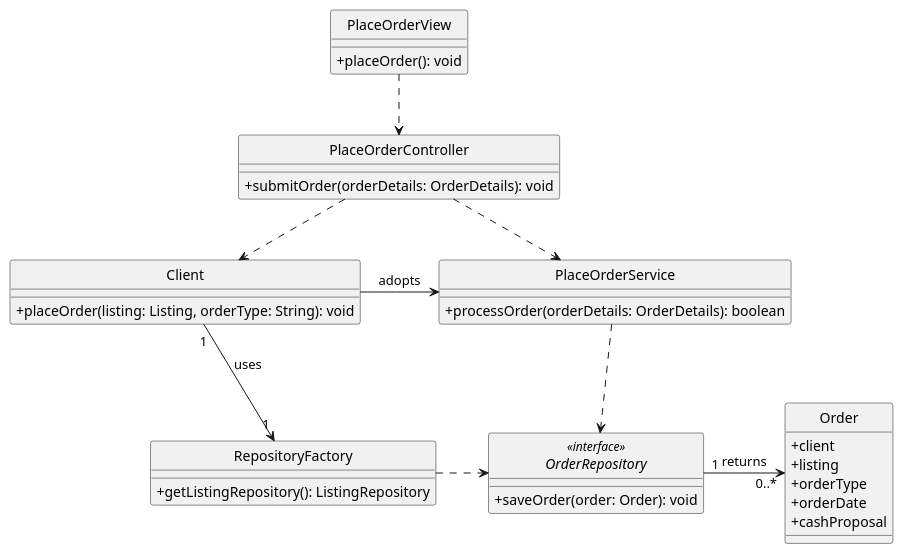
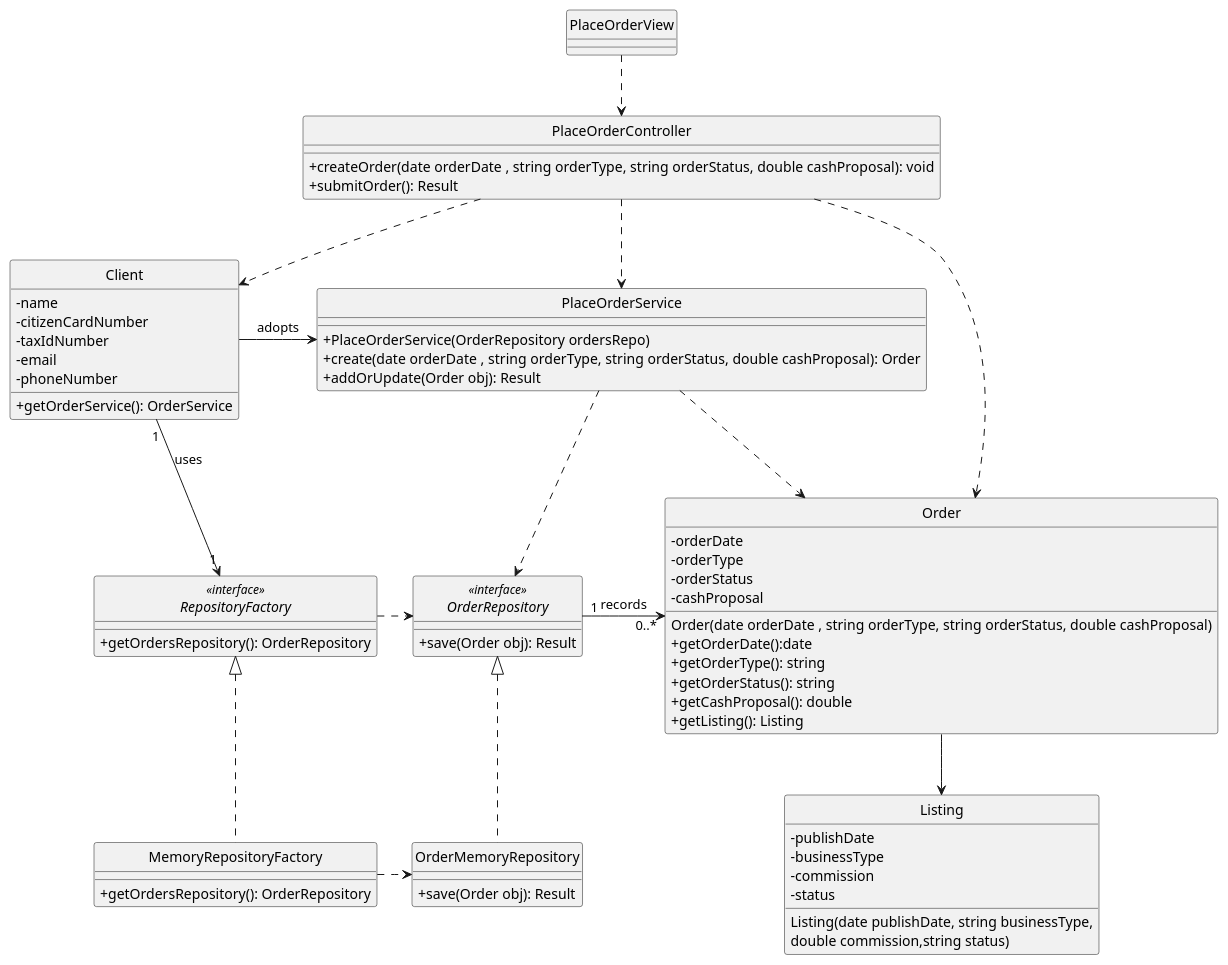
Before and after one commit to goncalomaia18/leti-esoft-24-25-A2: the diagram in docs/Sprint4/US32/US32-CD.puml, drawn with PlantUML. The commit also changed 4 other files, not shown here.

```diff
--- a/docs/Sprint4/US32/US32-CD.puml
+++ b/docs/Sprint4/US32/US32-CD.puml
@@ -1,44 +1,87 @@
 @startuml
+'https://plantuml.com/class-diagram
+
 hide circle
 skinparam classAttributeIconSize 0
 
 class PlaceOrderView {
-  +placeOrder(): void
 }
 
 class PlaceOrderController {
-  +submitOrder(orderDetails: OrderDetails): void
+    +createOrder(date orderDate , string orderType, string orderStatus, double cashProposal): void
+    +submitOrder(): Result
+}
+
+class Client {
+  -name
+  -citizenCardNumber
+  -taxIdNumber
+  -email
+  -phoneNumber
+    +getOrderService(): OrderService
 }
 
 class PlaceOrderService {
-  +processOrder(orderDetails: OrderDetails): boolean
+    +PlaceOrderService(OrderRepository ordersRepo)
+    +create(date orderDate , string orderType, string orderStatus, double cashProposal): Order
+    +addOrUpdate(Order obj): Result
 }
 
 interface OrderRepository <<interface>> {
-  +saveOrder(order: Order): void
+    +save(Order obj): Result
 }
 
+interface RepositoryFactory <<interface>> {
+    +getOrdersRepository(): OrderRepository
+}
 
 class Order {
-  +client
-  +listing
-  +orderType
-  +orderDate
-  +cashProposal
+    -orderDate
+    -orderType
+    -orderStatus
+    -cashProposal
+    Order(date orderDate , string orderType, string orderStatus, double cashProposal)
+    +getOrderDate():date
+    +getOrderType(): string
+    +getOrderStatus(): string
+    +getCashProposal(): double
+    +getListing(): Listing
+
 }
 
-class Client {
-   +placeOrder(listing: Listing, orderType: String): void
+class Listing {
+    -publishDate
+    -businessType
+    -commission
+    -status
+     Listing(date publishDate, string businessType,
+ double commission,string status)
 }
-class RepositoryFactory{
-  +getListingRepository(): ListingRepository
-}
-Client "1" -down-> "1" RepositoryFactory:  uses
-Client -> PlaceOrderService :  adopts
-OrderRepository "1" -right-> "0..*" Order:  returns
+
+Client "1" -down-> "1" RepositoryFactory: uses
+OrderRepository "1" -right-> "0..*" Order: records
+
+PlaceOrderView ..> PlaceOrderController
 PlaceOrderController ..> Client
-PlaceOrderView ..> PlaceOrderController
 PlaceOrderController ..> PlaceOrderService
 PlaceOrderService ..> OrderRepository
+PlaceOrderService ..> Order
+PlaceOrderController ..> Order
+Order --> Listing
+
+Client -> PlaceOrderService: adopts
 RepositoryFactory .right.> OrderRepository
+
+class OrderMemoryRepository {
+    +save(Order obj): Result
+}
+
+class MemoryRepositoryFactory {
+    +getOrdersRepository(): OrderRepository
+}
+
+OrderMemoryRepository .up.|> OrderRepository
+MemoryRepositoryFactory .up.|> RepositoryFactory
+
+MemoryRepositoryFactory .right.> OrderMemoryRepository
 @enduml
```
